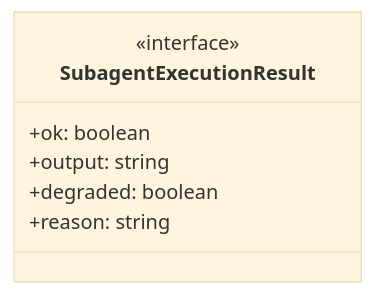
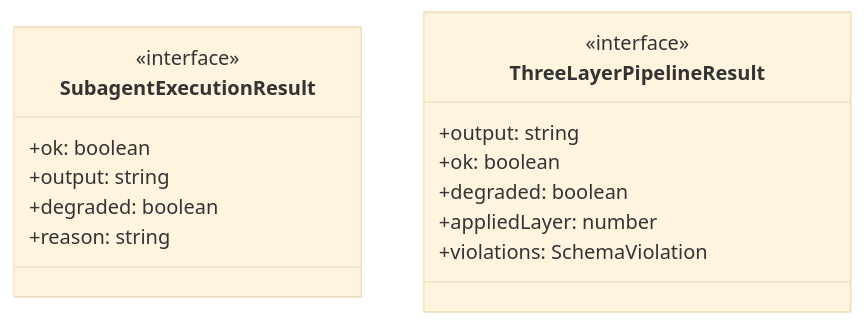
One commit to Mekann2904/mekann changed the first of 4 diagrams in ABDD/.pi/extensions/subagents/task-execution.md. Above: the diagram before and after it, drawn with Mermaid (base theme). The commit also changed other lines of this file and 205 other files, not shown here.

````diff
--- a/ABDD/.pi/extensions/subagents/task-execution.md
+++ b/ABDD/.pi/extensions/subagents/task-execution.md
@@ -48,10 +52,18 @@
 ```mermaid
 classDiagram
   class SubagentExecutionResult {
     <<interface>>
     +ok: boolean
     +output: string
     +degraded: boolean
     +reason: string
   }
+  class ThreeLayerPipelineResult {
+    <<interface>>
+    +output: string
+    +ok: boolean
+    +degraded: boolean
+    +appliedLayer: number
+    +violations: SchemaViolation
+  }
 ```
````
